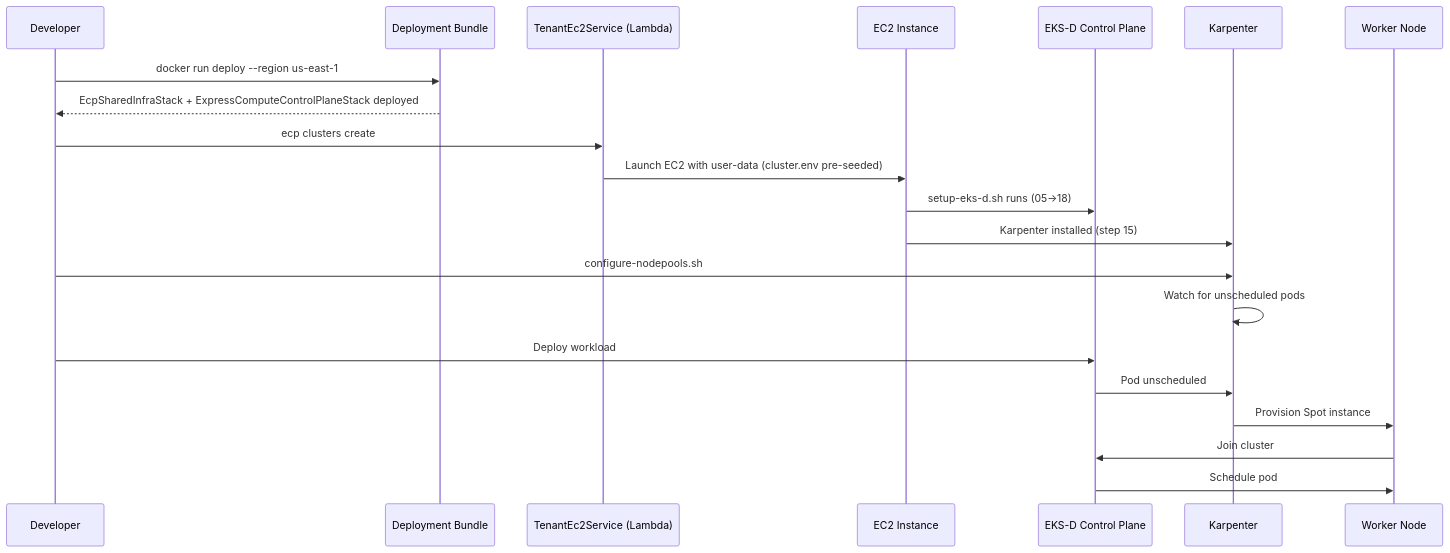
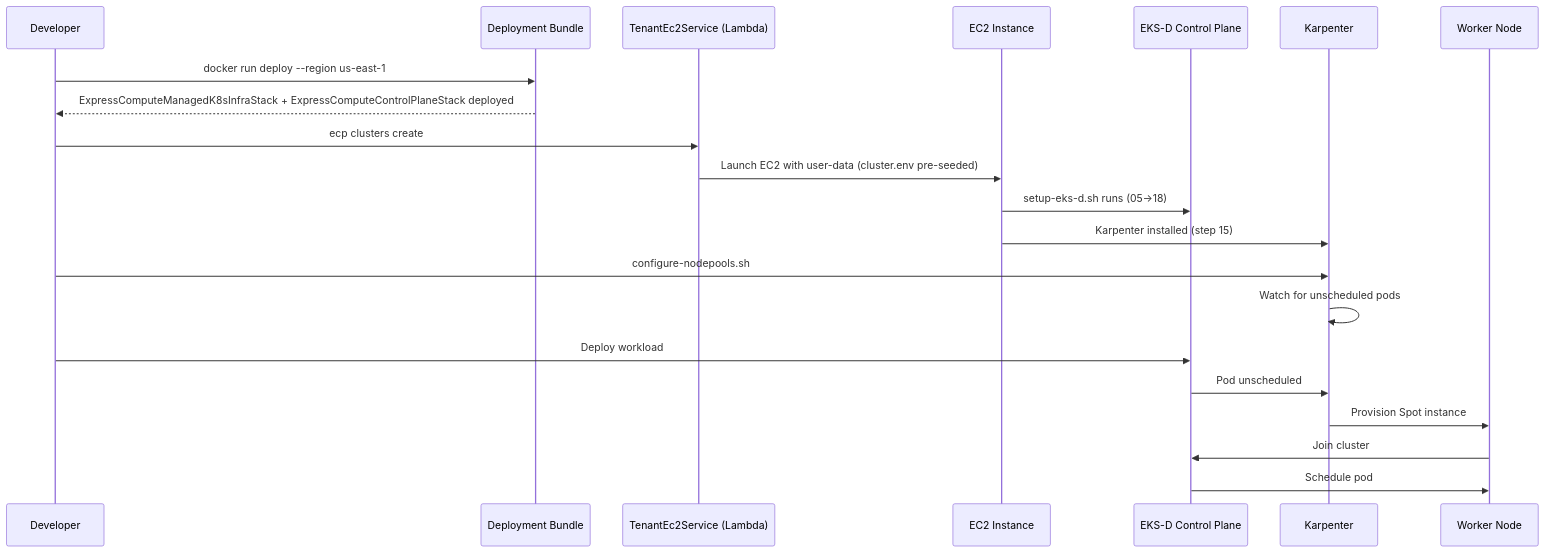
The third of 3 diagrams in docs/user-guides/architecture.md (codriverlabs/express-compute-platform), drawn with Mermaid before and after one commit. The commit also changed 3 other files, not shown here.

````diff
--- a/docs/user-guides/architecture.md
+++ b/docs/user-guides/architecture.md
@@ -108,27 +108,27 @@
 ```mermaid
 sequenceDiagram
     participant Dev as Developer
     participant Bundle as Deployment Bundle
     participant Lambda as TenantEc2Service (Lambda)
     participant EC2 as EC2 Instance
     participant EKS as EKS-D Control Plane
     participant K as Karpenter
     participant Worker as Worker Node
 
     Dev->>Bundle: docker run deploy --region us-east-1
-    Bundle-->>Dev: EcpSharedInfraStack + ExpressComputeControlPlaneStack deployed
+    Bundle-->>Dev: ExpressComputeManagedK8sInfraStack + ExpressComputeControlPlaneStack deployed
 
     Dev->>Lambda: ecp clusters create
     Lambda->>EC2: Launch EC2 with user-data (cluster.env pre-seeded)
     EC2->>EKS: setup-eks-d.sh runs (05→18)
     EC2->>K: Karpenter installed (step 15)
 
     Dev->>K: configure-nodepools.sh
     K->>K: Watch for unscheduled pods
 
     Dev->>EKS: Deploy workload
     EKS->>K: Pod unscheduled
     K->>Worker: Provision Spot instance
     Worker->>EKS: Join cluster
     EKS->>Worker: Schedule pod
 ```
````
